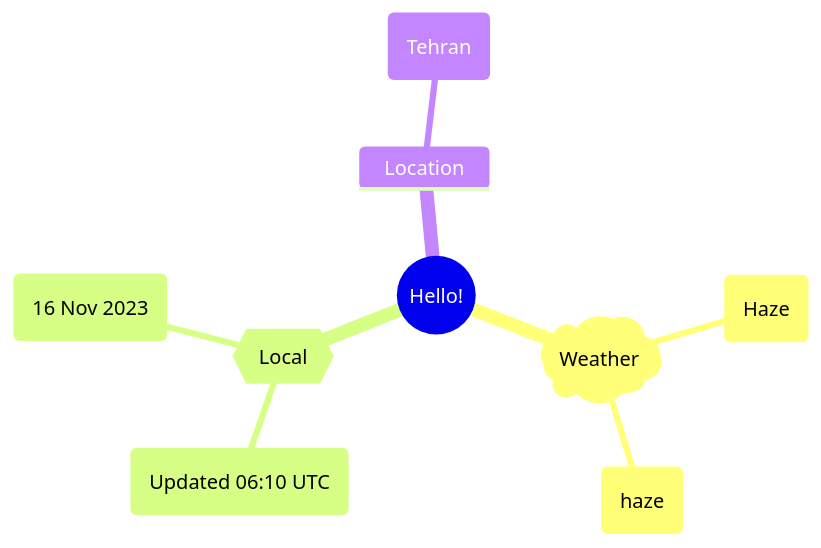
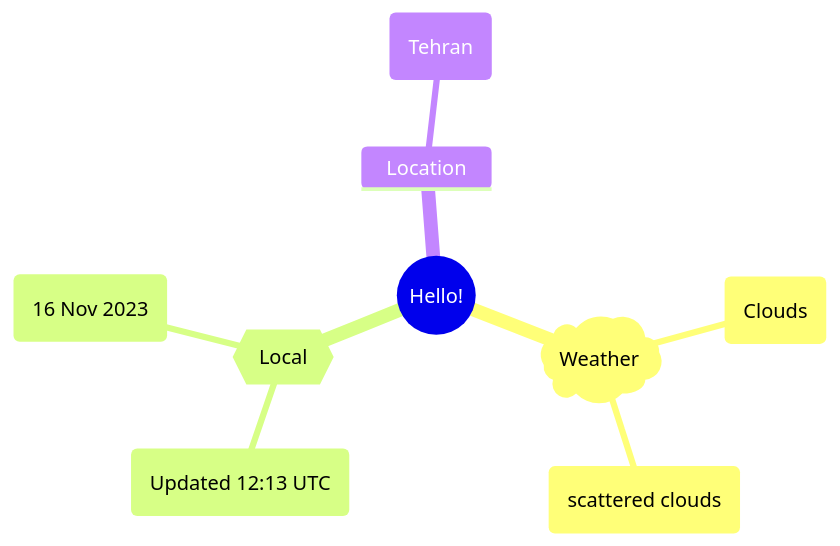
One commit to Xosrov/Xosrov changed the first of 2 diagrams in README.md. Above: the diagram before and after it, drawn with Mermaid.

Commit message:
[bot] updated images

````diff
--- a/README.md
+++ b/README.md
@@ -3,12 +3,12 @@
 ```mermaid
 mindmap
   root((Hello!))
     )Weather(
-        (Haze)
-        (haze)
+        (Clouds)
+        (scattered clouds)
     {{Local}}
-        (Updated 06:10 UTC)
+        (Updated 12:13 UTC)
         (16 Nov 2023)
     Location
         (Tehran)
 ```
````
